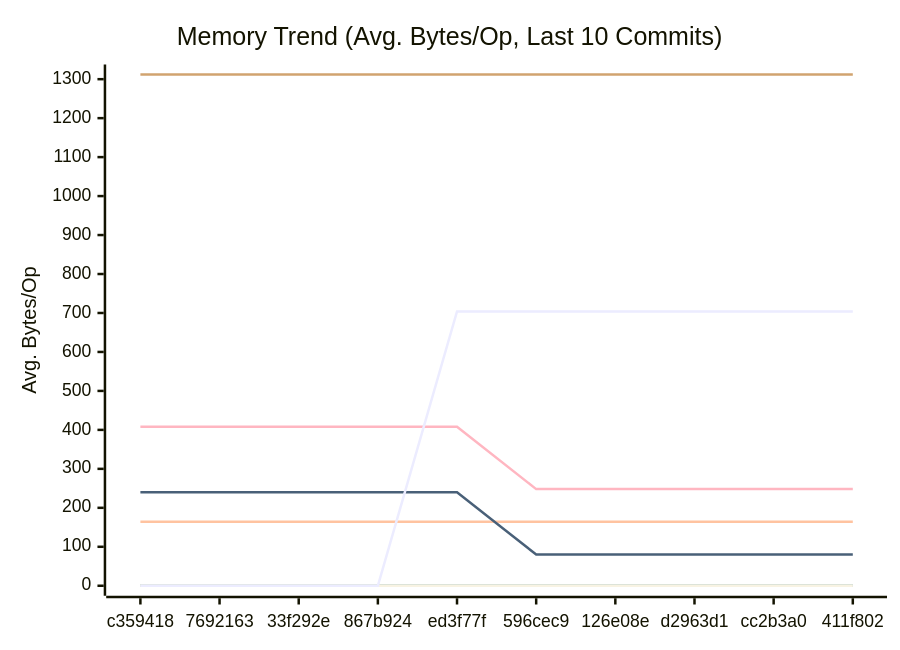
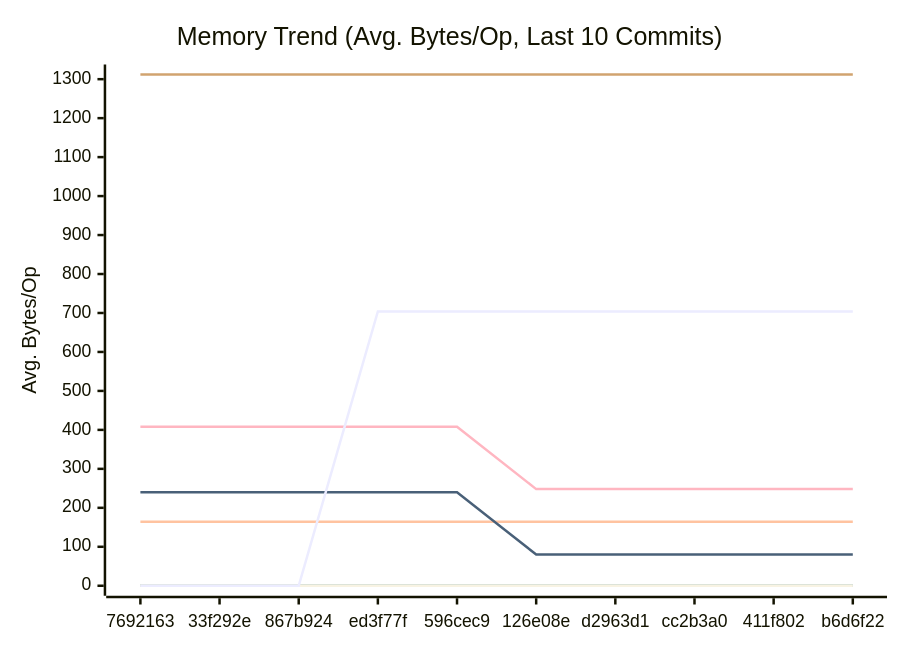
The second of 3 diagrams in docs/PERFORMANCE.md (alsotoes/momo), drawn with Mermaid before and after one commit. The commit also changed other lines of this file and 3 other files, not shown here.

````diff
--- a/docs/PERFORMANCE.md
+++ b/docs/PERFORMANCE.md
@@ -152,18 +152,18 @@
 ```mermaid
 xychart-beta
     title "Memory Trend (Avg. Bytes/Op, Last 10 Commits)"
     x-axis "Commit"
     y-axis "Avg. Bytes/Op"
-    x-axis [c359418,7692163,33f292e,867b924,ed3f77f,596cec9,126e08e,d2963d1,cc2b3a0,411f802]
+    x-axis [7692163,33f292e,867b924,ed3f77f,596cec9,126e08e,d2963d1,cc2b3a0,411f802,b6d6f22]
     line "CheckMetricsAndSwap" [0,0,0,0,0,0,0,0,0,0]
     line "CrushOptimized" [0,0,0,0,0,0,0,0,0,0]
     line "CrushOriginal" [164,164,164,164,164,164,164,164,164,164]
     line "IndexDirectTracking" [0,0,0,0,0,0,0,0,0,0]
     line "IndexSearch" [0,0,0,0,0,0,0,0,0,0]
     line "LoadGlobalConfig" [1312,1312,1312,1312,1312,1312,1312,1312,1312,1312]
     line "PadString" [0,0,0,0,0,0,0,0,0,0]
     line "ParseReplicationOrder_NoPrealloc" [408,408,408,408,408,248,248,248,248,248]
     line "ParseReplicationOrder_Prealloc" [240,240,240,240,240,80,80,80,80,80]
     line "SanitizeLog/Safe" [0,0,0,0,0,0,0,0,0,0]
-    line "SanitizeLog/Unsafe" [0,0,0,0,704,704,704,704,704,704]
+    line "SanitizeLog/Unsafe" [0,0,0,704,704,704,704,704,704,704]
 ```
````
